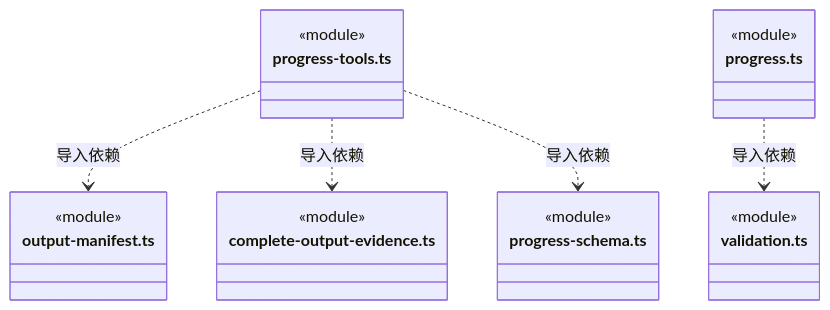
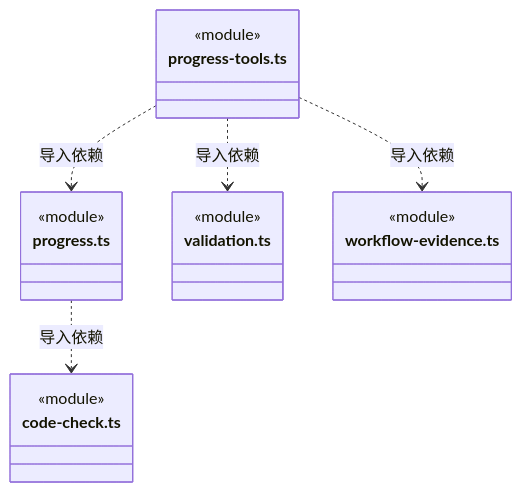
One commit to nan023062/cbim changed diagram 40 of 46 in src/logic/evidence/rules/ARCHITECTURE.md. Above: the diagram before and after it, drawn with Mermaid. The commit also changed other lines of this file and 112 other files, not shown here.

Commit message:
docs: align source architecture with current declarations and contracts

````diff
--- a/src/logic/evidence/rules/ARCHITECTURE.md
+++ b/src/logic/evidence/rules/ARCHITECTURE.md
@@ -927,25 +918,22 @@
 ```mermaid
 classDiagram
 class N_src_logic_evidence_rules_progress_tools_ts["progress-tools.ts"] {
-  <<module>>
-}
-class N_src_logic_evidence_rules_output_manifest_ts["output-manifest.ts"] {
-  <<module>>
-}
-class N_src_logic_evidence_rules_complete_output_evidence_ts["complete-output-evidence.ts"] {
-  <<module>>
-}
-class N_src_logic_evidence_rules_progress_schema_ts["progress-schema.ts"] {
   <<module>>
 }
 class N_src_logic_evidence_rules_progress_ts["progress.ts"] {
   <<module>>
 }
 class N_src_logic_evidence_rules_validation_ts["validation.ts"] {
   <<module>>
 }
-N_src_logic_evidence_rules_progress_tools_ts ..> N_src_logic_evidence_rules_output_manifest_ts : 导入依赖
-N_src_logic_evidence_rules_progress_tools_ts ..> N_src_logic_evidence_rules_complete_output_evidence_ts : 导入依赖
-N_src_logic_evidence_rules_progress_tools_ts ..> N_src_logic_evidence_rules_progress_schema_ts : 导入依赖
-N_src_logic_evidence_rules_progress_ts ..> N_src_logic_evidence_rules_validation_ts : 导入依赖
+class N_src_logic_evidence_rules_workflow_evidence_ts["workflow-evidence.ts"] {
+  <<module>>
+}
+class N_src_logic_evidence_rules_code_check_ts["code-check.ts"] {
+  <<module>>
+}
+N_src_logic_evidence_rules_progress_tools_ts ..> N_src_logic_evidence_rules_progress_ts : 导入依赖
+N_src_logic_evidence_rules_progress_tools_ts ..> N_src_logic_evidence_rules_validation_ts : 导入依赖
+N_src_logic_evidence_rules_progress_tools_ts ..> N_src_logic_evidence_rules_workflow_evidence_ts : 导入依赖
+N_src_logic_evidence_rules_progress_ts ..> N_src_logic_evidence_rules_code_check_ts : 导入依赖
 ```
````
